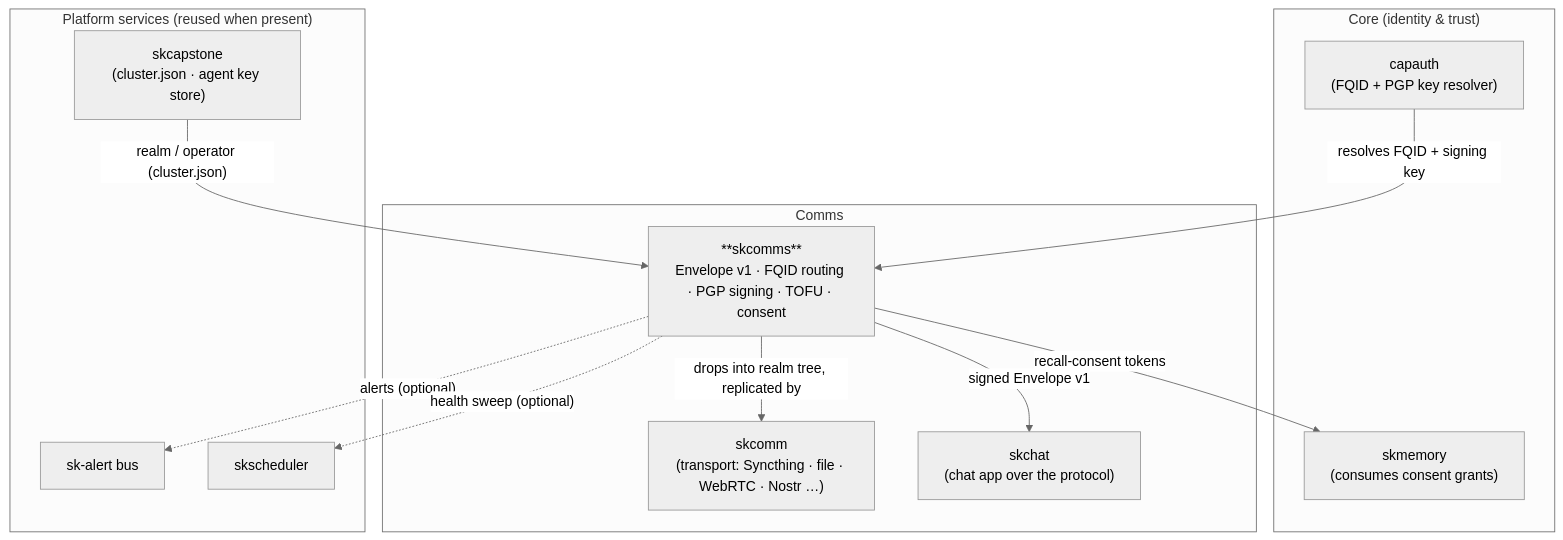
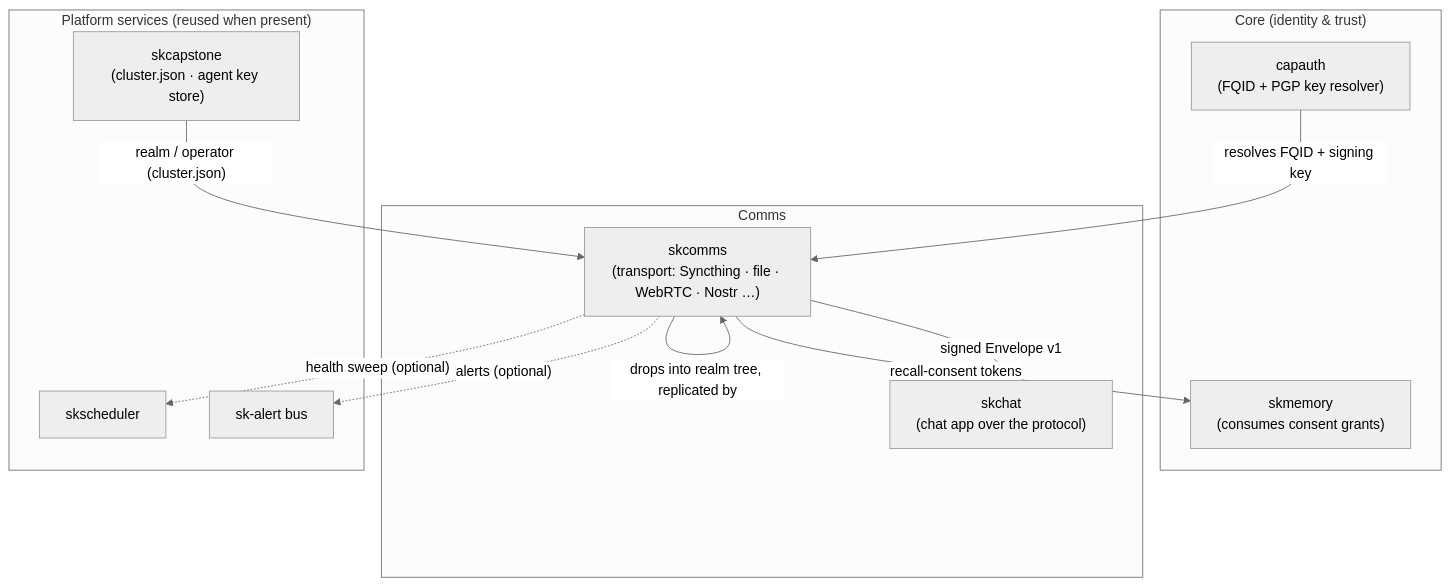
One commit to smilinTux/skcomms changed the second of 2 diagrams in README.md. Above: the diagram before and after it, drawn with Mermaid (neutral theme). The commit also changed other lines of this file and 4 other files, not shown here.

Commit message:
refactor: complete skcomm→skcomms sweep (docs/scripts/deploy + drop redundant skcomm-mcp entry)

````diff
--- a/README.md
+++ b/README.md
@@ -106,25 +106,25 @@
 ```mermaid
 flowchart TD
     subgraph COMMS["Comms"]
       SKCOMMS["**skcomms**<br/>Envelope v1 · FQID routing · PGP signing · TOFU · consent"]
-      SKCOMM["skcomm<br/>(transport: Syncthing · file · WebRTC · Nostr …)"]
+      SKCOMMS["skcomms<br/>(transport: Syncthing · file · WebRTC · Nostr …)"]
       SKCHAT["skchat<br/>(chat app over the protocol)"]
     end
     subgraph CORE["Core (identity & trust)"]
       CAPAUTH["capauth<br/>(FQID + PGP key resolver)"]
       SKMEMORY["skmemory<br/>(consumes consent grants)"]
     end
     subgraph PLATFORM["Platform services (reused when present)"]
       ALERT["sk-alert bus"]
       SCHED["skscheduler"]
       CAP["skcapstone<br/>(cluster.json · agent key store)"]
     end
 
     CAPAUTH -->|"resolves FQID + signing key"| SKCOMMS
     CAP -->|"realm / operator (cluster.json)"| SKCOMMS
     SKCOMMS -->|"signed Envelope v1"| SKCHAT
-    SKCOMMS -->|"drops into realm tree, replicated by"| SKCOMM
+    SKCOMMS -->|"drops into realm tree, replicated by"| SKCOMMS
     SKCOMMS -->|"recall-consent tokens"| SKMEMORY
     SKCOMMS -. "alerts (optional)" .-> ALERT
     SKCOMMS -. "health sweep (optional)" .-> SCHED
 ```
````
